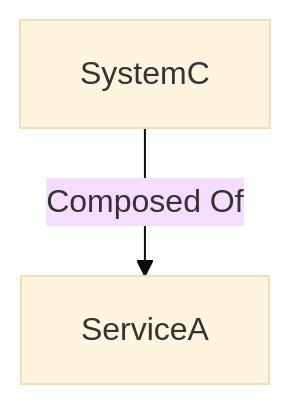
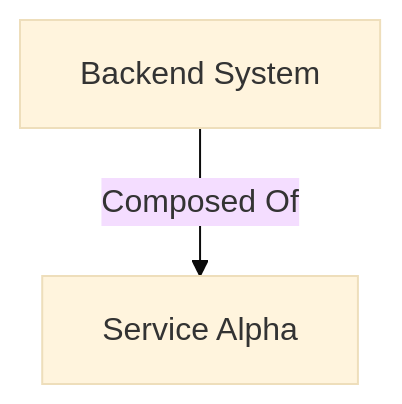
Before and after one commit to finos/architecture-as-code: the diagram in calm-widgets/test-fixtures/related-nodes-widget/relationship-composed/expected.md, drawn with Mermaid (base theme). The commit also changed 61 other files, not shown here.

First line of the commit message:
fix(calm-widgets): resolve node names instead of raw ids in related-nodes diagrams (#2883)

````diff
--- a/calm-widgets/test-fixtures/related-nodes-widget/relationship-composed/expected.md
+++ b/calm-widgets/test-fixtures/related-nodes-widget/relationship-composed/expected.md
@@ -1,5 +1,5 @@
 ```mermaid
 graph TD;
-SystemC -- Composed Of --> ServiceA;
+system-c[Backend System] -- Composed Of --> svc-a[Service Alpha];
 classDef highlight fill:#f2bbae;
 ```
````
